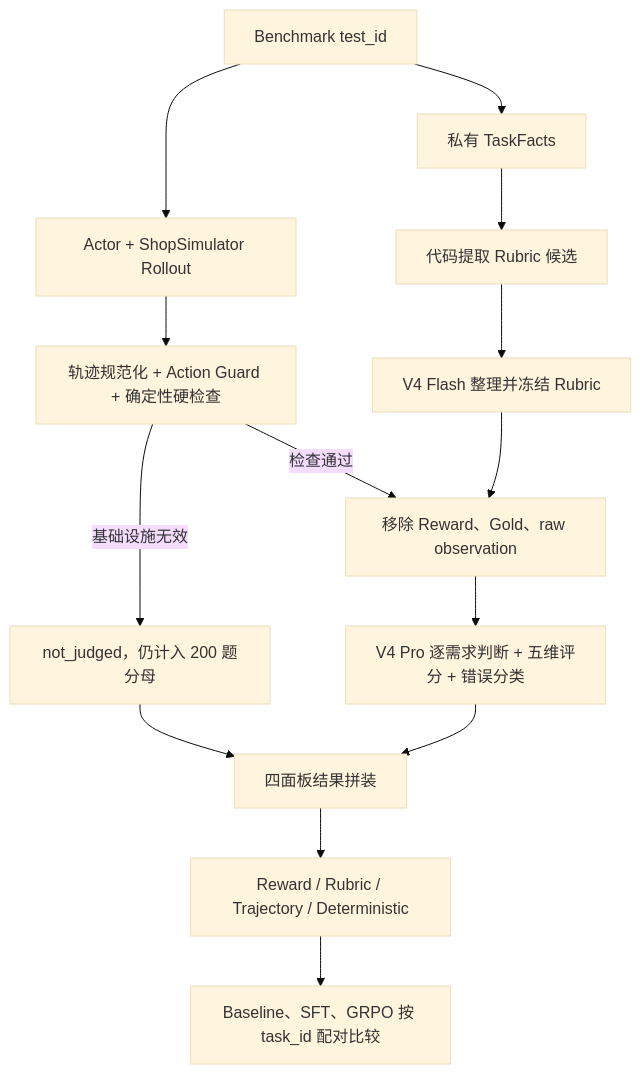
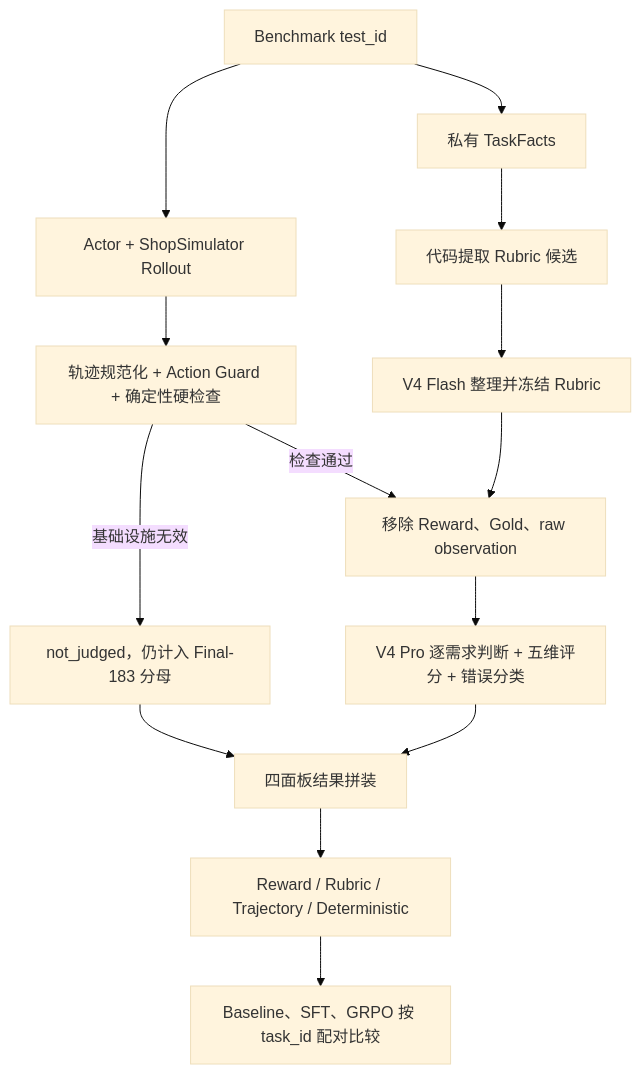
Before and after one commit to YYHDBL/shopping-grpo-longhorizon: the second of 2 diagrams in README.md, drawn with Mermaid (base theme). The commit also changed other lines of this file and 23 other files, not shown here.

````diff
--- a/README.md
+++ b/README.md
@@ -122,16 +122,16 @@
 ```mermaid
 flowchart TD
     A["Benchmark test_id"] --> B["私有 TaskFacts"]
     B --> C["代码提取 Rubric 候选"]
     C --> D["V4 Flash 整理并冻结 Rubric"]
     A --> E["Actor + ShopSimulator Rollout"]
     E --> F["轨迹规范化 + Action Guard + 确定性硬检查"]
-    F -->|基础设施无效| G["not_judged，仍计入 200 题分母"]
+    F -->|基础设施无效| G["not_judged，仍计入 Final-183 分母"]
     F -->|检查通过| H["移除 Reward、Gold、raw observation"]
     D --> H
     H --> I["V4 Pro 逐需求判断 + 五维评分 + 错误分类"]
     G --> J["四面板结果拼装"]
     I --> J
     J --> K["Reward / Rubric / Trajectory / Deterministic"]
     K --> L["Baseline、SFT、GRPO 按 task_id 配对比较"]
 ```
````
